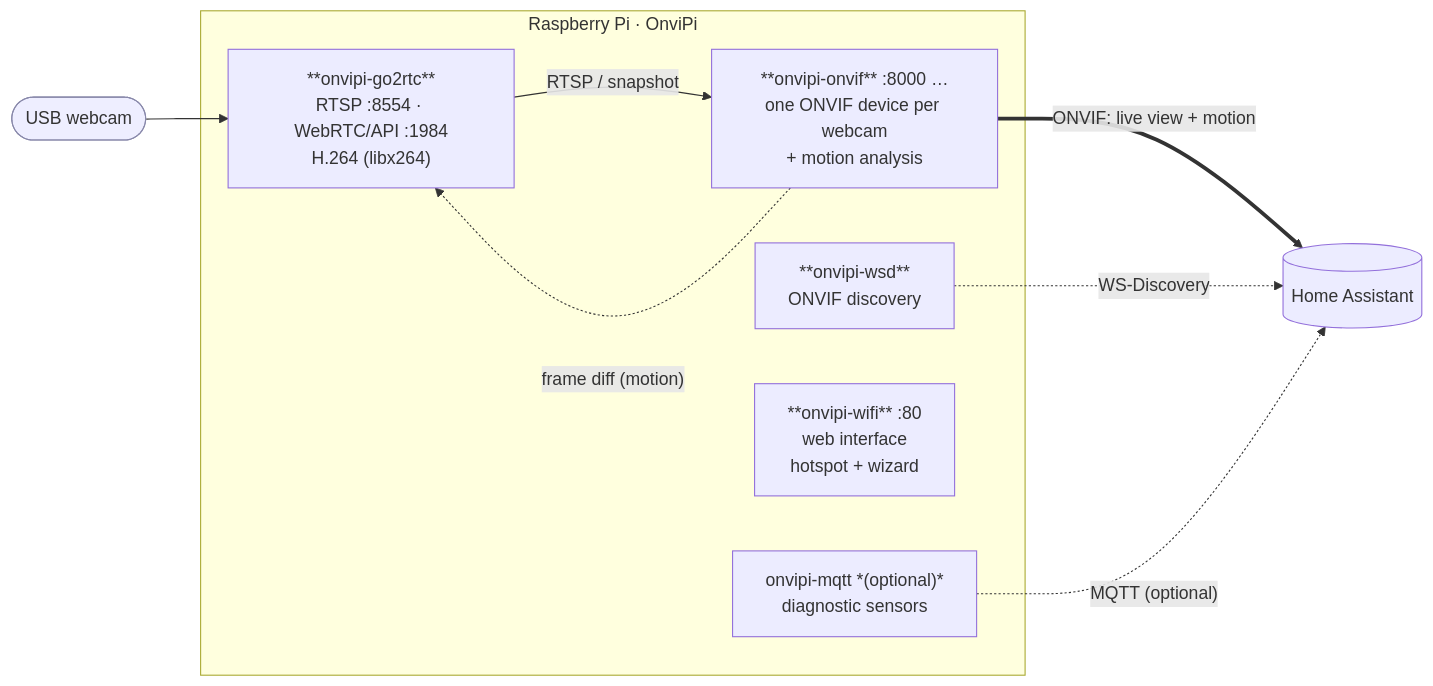
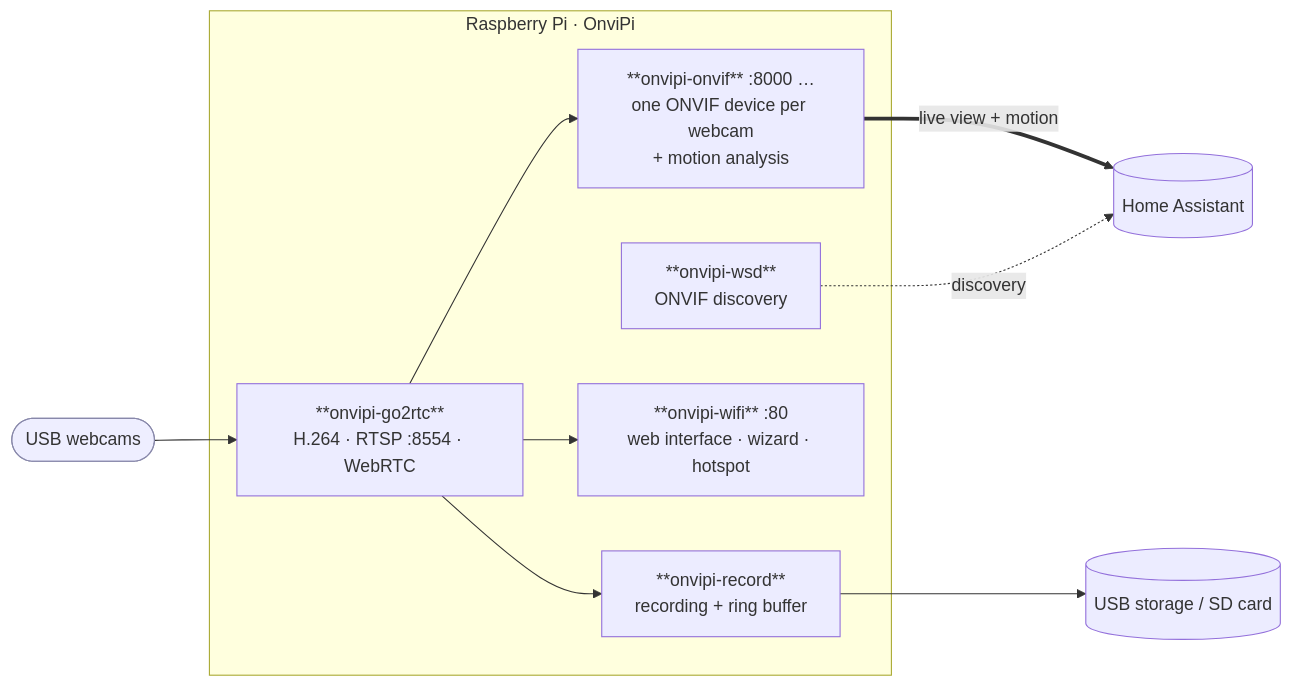
The diagram in README.md (GERGto/OnviPi), drawn with Mermaid before and after one commit. The commit also changed other lines of this file and 21 other files, not shown here.

First line of the commit message:
OnviPi 2.2: automatic updates, safe ring buffer, shorter README

````diff
--- a/README.md
+++ b/README.md
@@ -385,21 +204,21 @@
 ```mermaid
 flowchart LR
-  cam([USB webcam]):::hw --> go2rtc
+  cam([USB webcams]):::hw --> go2rtc
 
   subgraph Pi["Raspberry Pi · OnviPi"]
-    go2rtc["**onvipi-go2rtc**<br/>RTSP :8554 · WebRTC/API :1984<br/>H.264 (libx264)"]
+    go2rtc["**onvipi-go2rtc**<br/>H.264 · RTSP :8554 · WebRTC"]
     onvif["**onvipi-onvif** :8000 …<br/>one ONVIF device per webcam<br/>+ motion analysis"]
     wsd["**onvipi-wsd**<br/>ONVIF discovery"]
-    wifi["**onvipi-wifi** :80<br/>web interface<br/>hotspot + wizard"]
-    mqtt["onvipi-mqtt *(optional)*<br/>diagnostic sensors"]
-
-    go2rtc -->|RTSP / snapshot| onvif
-    onvif -. "frame diff (motion)" .-> go2rtc
+    wifi["**onvipi-wifi** :80<br/>web interface · wizard · hotspot"]
+    rec["**onvipi-record**<br/>recording + ring buffer"]
+    go2rtc --> onvif
+    go2rtc --> rec
+    go2rtc --> wifi
   end
 
-  onvif ==>|"ONVIF: live view + motion"| HA[(Home Assistant)]
-  wsd -. "WS-Discovery" .-> HA
-  mqtt -. "MQTT (optional)" .-> HA
+  onvif ==>|"live view + motion"| HA[(Home Assistant)]
+  wsd -. discovery .-> HA
+  rec --> usb[(USB storage / SD card)]
 
   classDef hw fill:#eef,stroke:#88a;
 ```
````
